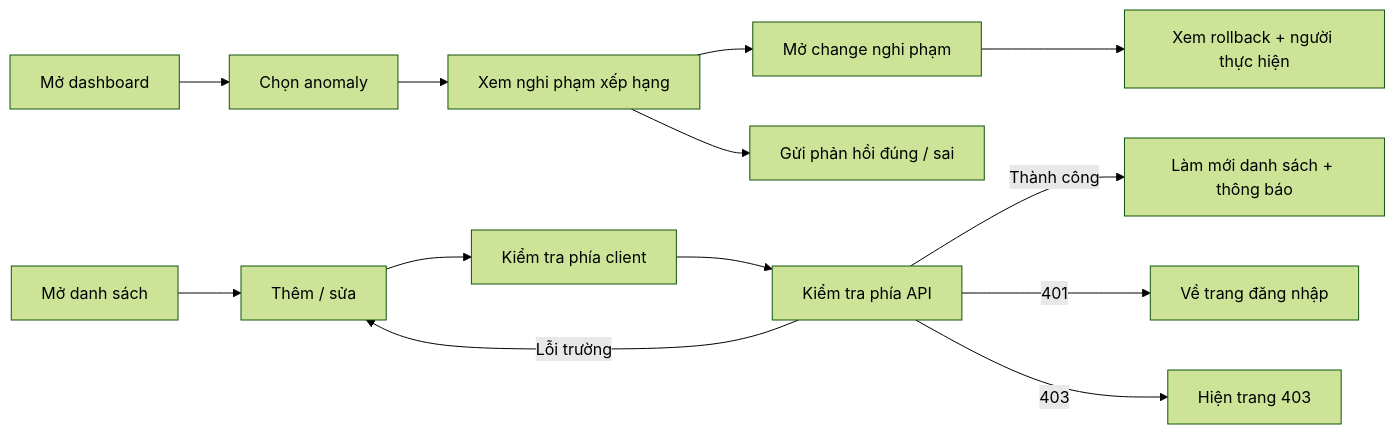
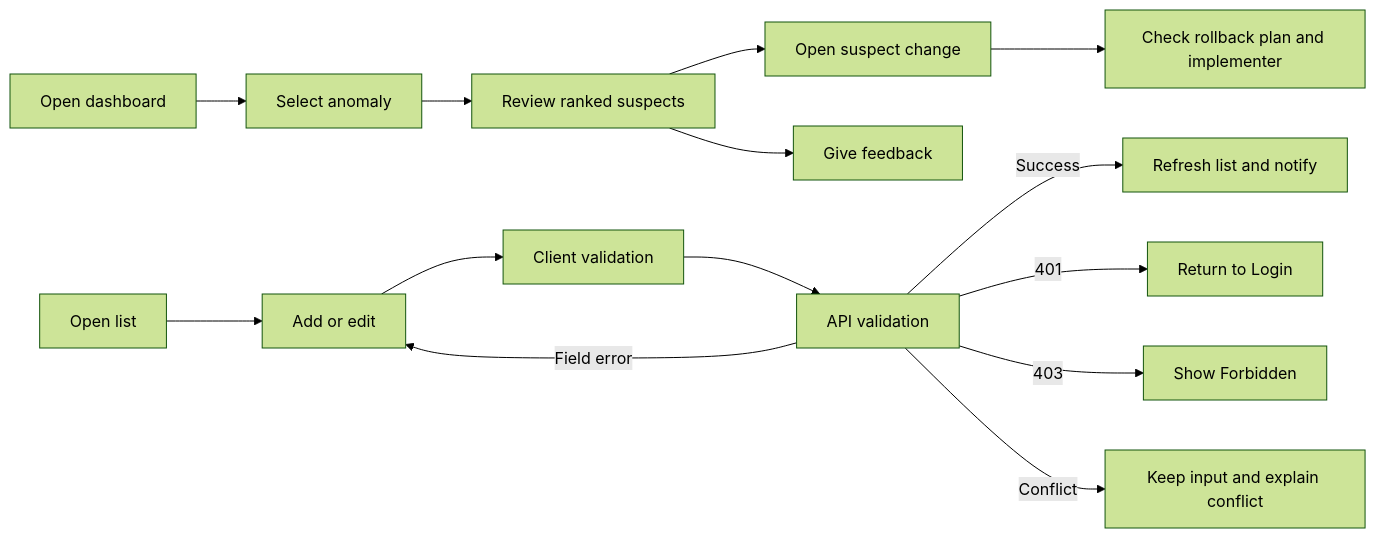
Before and after one commit to DuykoNgu/practise: the second of 2 diagrams in docs/04-information-architecture.md, drawn with Mermaid (forest theme). The commit also changed other lines of this file and 5 other files, not shown here.

````diff
--- a/docs/04-information-architecture.md
+++ b/docs/04-information-architecture.md
@@ -129,11 +144,12 @@
 ```mermaid
 flowchart LR
-    A["Mở dashboard"] --> B["Chọn anomaly"] --> C["Xem nghi phạm xếp hạng"]
-    C --> D["Mở change nghi phạm"] --> E["Xem rollback + người thực hiện"]
-    C --> F["Gửi phản hồi đúng / sai"]
-    G["Mở danh sách"] --> H["Thêm / sửa"] --> I["Kiểm tra phía client"] --> J["Kiểm tra phía API"]
-    J -->|Thành công| K["Làm mới danh sách + thông báo"]
-    J -->|Lỗi trường| H
-    J -->|401| L["Về trang đăng nhập"]
-    J -->|403| M["Hiện trang 403"]
+    A["Open dashboard"] --> B["Select anomaly"] --> C["Review ranked suspects"]
+    C --> D["Open suspect change"] --> E["Check rollback plan and implementer"]
+    C --> F["Give feedback"]
+    G["Open list"] --> H["Add or edit"] --> I["Client validation"] --> J["API validation"]
+    J -->|Success| K["Refresh list and notify"]
+    J -->|Field error| H
+    J -->|401| L["Return to Login"]
+    J -->|403| M["Show Forbidden"]
+    J -->|Conflict| N["Keep input and explain conflict"]
 ```
````
